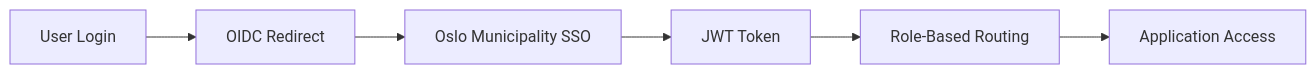
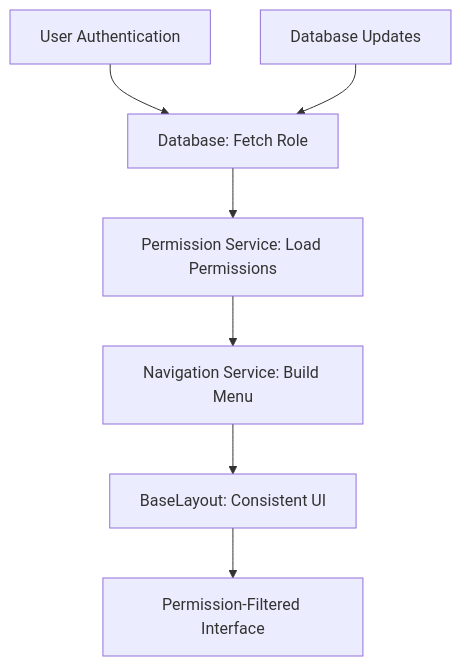
The diagram in README.md (istafrica-SebNd/childcare-vue), drawn with Mermaid before and after one commit. The commit also changed other lines of this file and 78 other files, not shown here.

````diff
--- a/README.md
+++ b/README.md
@@ -522,8 +614,10 @@
 ```mermaid
-graph LR
-    A[User Login] --> B[OIDC Redirect]
-    B --> C[Oslo Municipality SSO]
-    C --> D[JWT Token]
-    D --> E[Role-Based Routing]
-    E --> F[Application Access]
+graph TB
+    A[User Authentication] --> B[Database: Fetch Role]
+    B --> C[Permission Service: Load Permissions]
+    C --> D[Navigation Service: Build Menu]
+    D --> E[BaseLayout: Consistent UI]
+    E --> F[Permission-Filtered Interface]
+    
+    G[Database Updates] --> B
 ```
````
